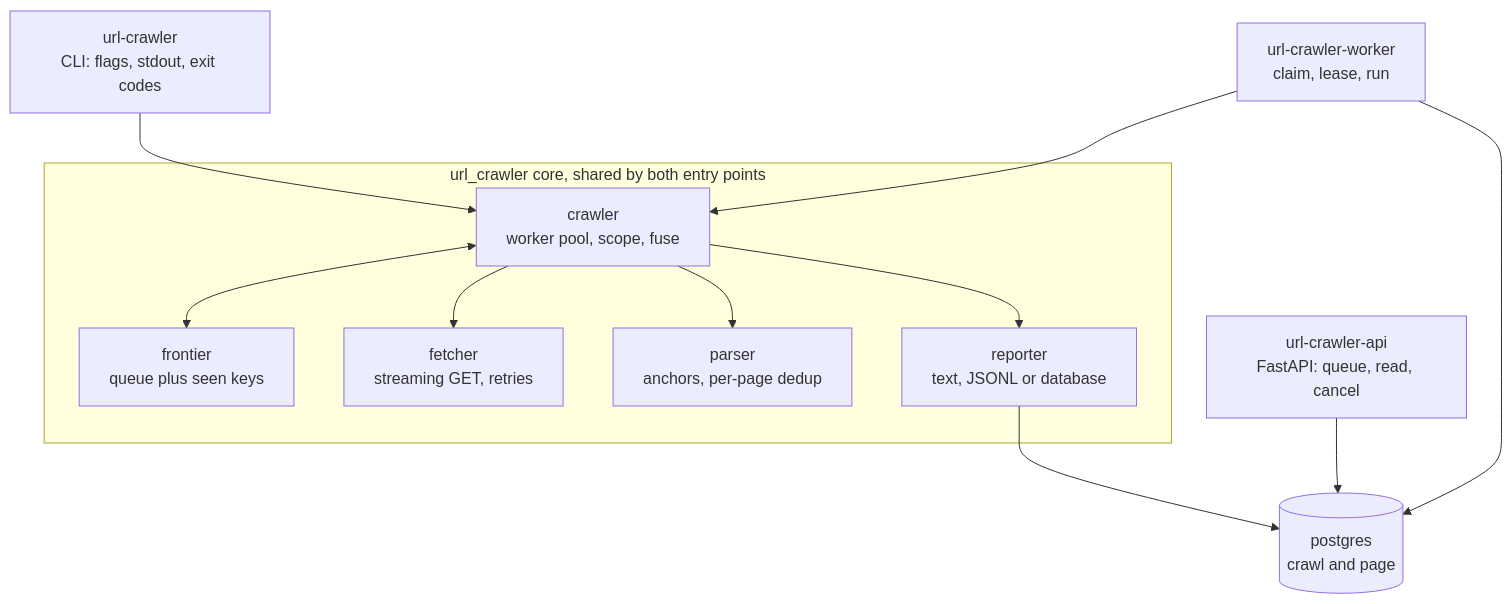
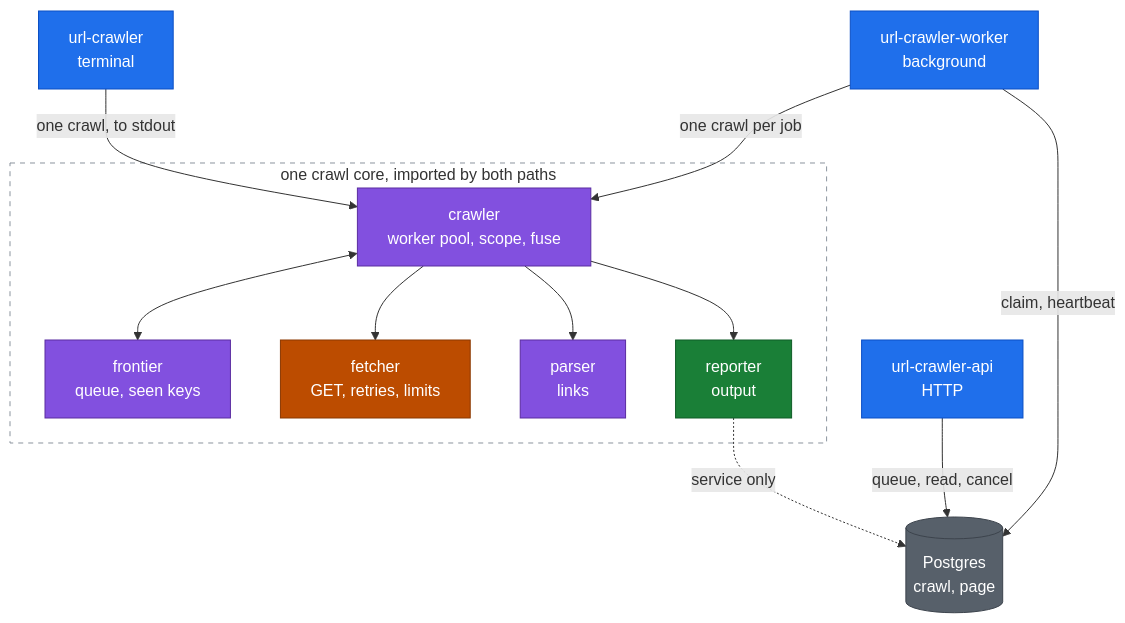
One commit to jmbcs/url-crawler changed the diagram in README.md. Above: the diagram before and after it, drawn with Mermaid. The commit also changed other lines of this file and 1 other file, not shown here.

Commit message:
docs: colour and simplify the diagrams

````diff
--- a/README.md
+++ b/README.md
@@ -32,23 +32,38 @@
 ```mermaid
 flowchart TD
-    CLI["url-crawler<br>CLI: flags, stdout, exit codes"]
-    Api["url-crawler-api<br>FastAPI: queue, read, cancel"]
-    Worker["url-crawler-worker<br>claim, lease, run"]
-    Db[("postgres<br>crawl and page")]
-    subgraph Core["url_crawler core, shared by both entry points"]
-        Crawler["crawler<br>worker pool, scope, fuse"]
-        Frontier["frontier<br>queue plus seen keys"]
-        Fetcher["fetcher<br>streaming GET, retries"]
-        Parser["parser<br>anchors, per-page dedup"]
-        Reporter["reporter<br>text, JSONL or database"]
-        Crawler <--> Frontier
-        Crawler --> Fetcher
-        Crawler --> Parser
-        Crawler --> Reporter
+    CLI["url-crawler<br>terminal"]
+    API["url-crawler-api<br>HTTP"]
+    WRK["url-crawler-worker<br>background"]
+
+    subgraph core["one crawl core, imported by both paths"]
+        CR["crawler<br>worker pool, scope, fuse"]
+        FR["frontier<br>queue, seen keys"]
+        FE["fetcher<br>GET, retries, limits"]
+        PA["parser<br>links"]
+        RE["reporter<br>output"]
+        CR <--> FR
+        CR --> FE
+        CR --> PA
+        CR --> RE
     end
-    CLI --> Crawler
-    Worker --> Crawler
-    Api --> Db
-    Worker --> Db
-    Reporter --> Db
+
+    DB[("Postgres<br>crawl, page")]
+
+    CLI -->|"one crawl, to stdout"| CR
+    WRK -->|"one crawl per job"| CR
+    API -->|"queue, read, cancel"| DB
+    WRK -->|"claim, heartbeat"| DB
+    RE -.->|"service only"| DB
+
+    classDef entry fill:#1f6feb,stroke:#0b4fc4,color:#ffffff
+    classDef brain fill:#8250df,stroke:#5a2ca0,color:#ffffff
+    classDef net fill:#bc4c00,stroke:#8a3800,color:#ffffff
+    classDef out fill:#1a7f37,stroke:#0f5c26,color:#ffffff
+    classDef store fill:#57606a,stroke:#3d444d,color:#ffffff
+    class CLI,API,WRK entry
+    class CR,FR,PA brain
+    class FE net
+    class RE out
+    class DB store
+    style core fill:none,stroke:#8b949e,stroke-dasharray:5 5
 ```
````
